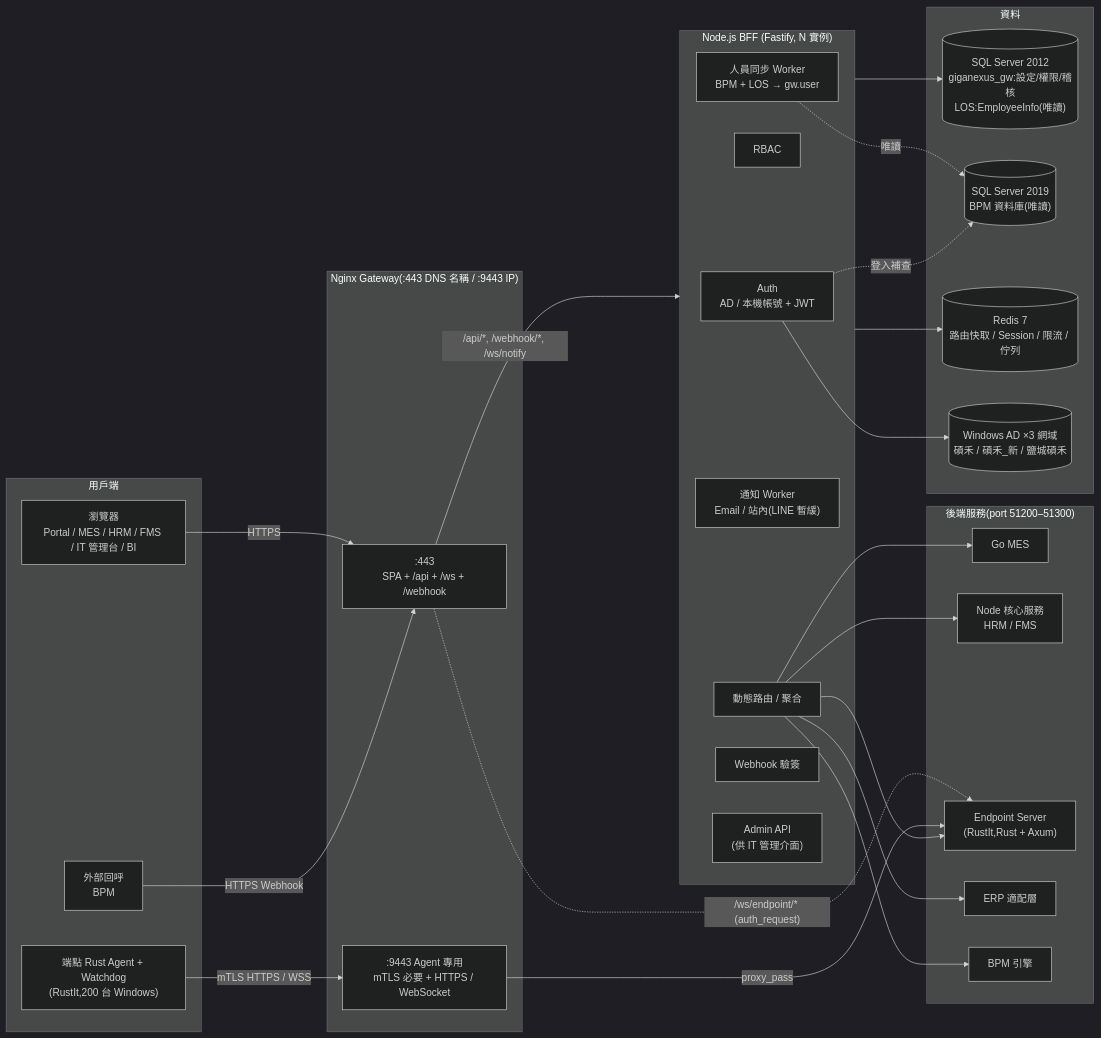
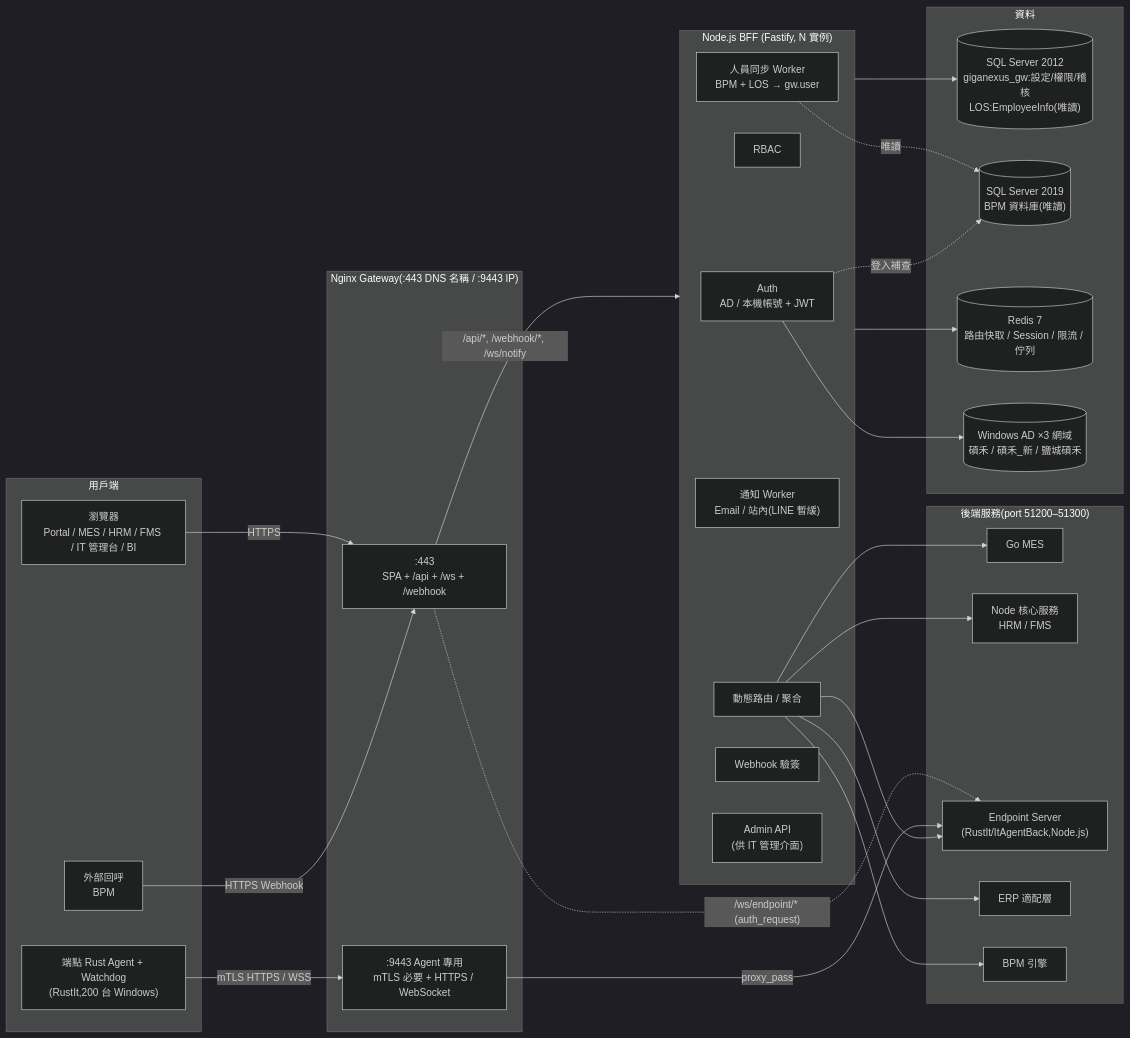
Before and after one commit to WeiWeicode/giga-api-gateway-bff: the diagram in docs/ARCHITECTURE.md, drawn with Mermaid (dark theme). The commit also changed 5 other files, not shown here.

First line of the commit message:
docs: ENDPOINT-AGENT-GUIDE v0.4 Endpoint Server 改 Node.js(RustIt ItAgentBack);AGENT §10、架構與專案地圖同步

````diff
--- a/docs/ARCHITECTURE.md
+++ b/docs/ARCHITECTURE.md
@@ -10,50 +10,50 @@
 ```mermaid
 flowchart LR
     subgraph Clients ["用戶端"]
         B["瀏覽器<br/>Portal / MES / HRM / FMS / IT 管理台 / BI"]
         A["端點 Rust Agent + Watchdog<br/>(RustIt,200 台 Windows)"]
         X["外部回呼<br/>BPM"]
     end
 
     subgraph GW ["Nginx Gateway(:443 DNS 名稱 / :9443 IP)"]
         N1[":443<br/>SPA + /api + /ws + /webhook"]
         N2[":9443 Agent 專用<br/>mTLS 必要 + HTTPS / WebSocket"]
     end
 
     subgraph BFFZ ["Node.js BFF (Fastify, N 實例)"]
         AUTH["Auth<br/>AD / 本機帳號 + JWT"]
         RBAC["RBAC"]
         ROUTER["動態路由 / 聚合"]
         NOTI["通知 Worker<br/>Email / 站內(LINE 暫緩)"]
         SYNC["人員同步 Worker<br/>BPM + LOS → gw.user"]
         WH["Webhook 驗簽"]
         ADM["Admin API<br/>(供 IT 管理介面)"]
     end
 
     subgraph SVC ["後端服務(port 51200–51300)"]
         MES["Go MES"]
         CORE["Node 核心服務<br/>HRM / FMS"]
-        EP["Endpoint Server<br/>(RustIt,Rust + Axum)"]
+        EP["Endpoint Server<br/>(RustIt/ItAgentBack,Node.js)"]
         ERP["ERP 適配層"]
         BPM["BPM 引擎"]
     end
 
     subgraph DATA ["資料"]
         SQL[("SQL Server 2012<br/>giganexus_gw:設定/權限/稽核<br/>LOS:EmployeeInfo(唯讀)")]
         BPMDB[("SQL Server 2019<br/>BPM 資料庫(唯讀)")]
         R[("Redis 7<br/>路由快取 / Session / 限流 / 佇列")]
         AD[("Windows AD ×3 網域<br/>碩禾 / 碩禾_新 / 鹽城碩禾")]
     end
 
     B -->|HTTPS| N1
     A -->|mTLS HTTPS / WSS| N2
     X -->|HTTPS Webhook| N1
     N1 -->|"/api/*, /webhook/*, /ws/notify"| BFFZ
     N1 -.->|"/ws/endpoint/* (auth_request)"| EP
     N2 -->|proxy_pass| EP
     ROUTER --> MES & CORE & ERP & BPM & EP
     AUTH --> AD
     SYNC -.->|唯讀| BPMDB
     AUTH -.->|登入補查| BPMDB
     BFFZ --> SQL & R
 ```
````
